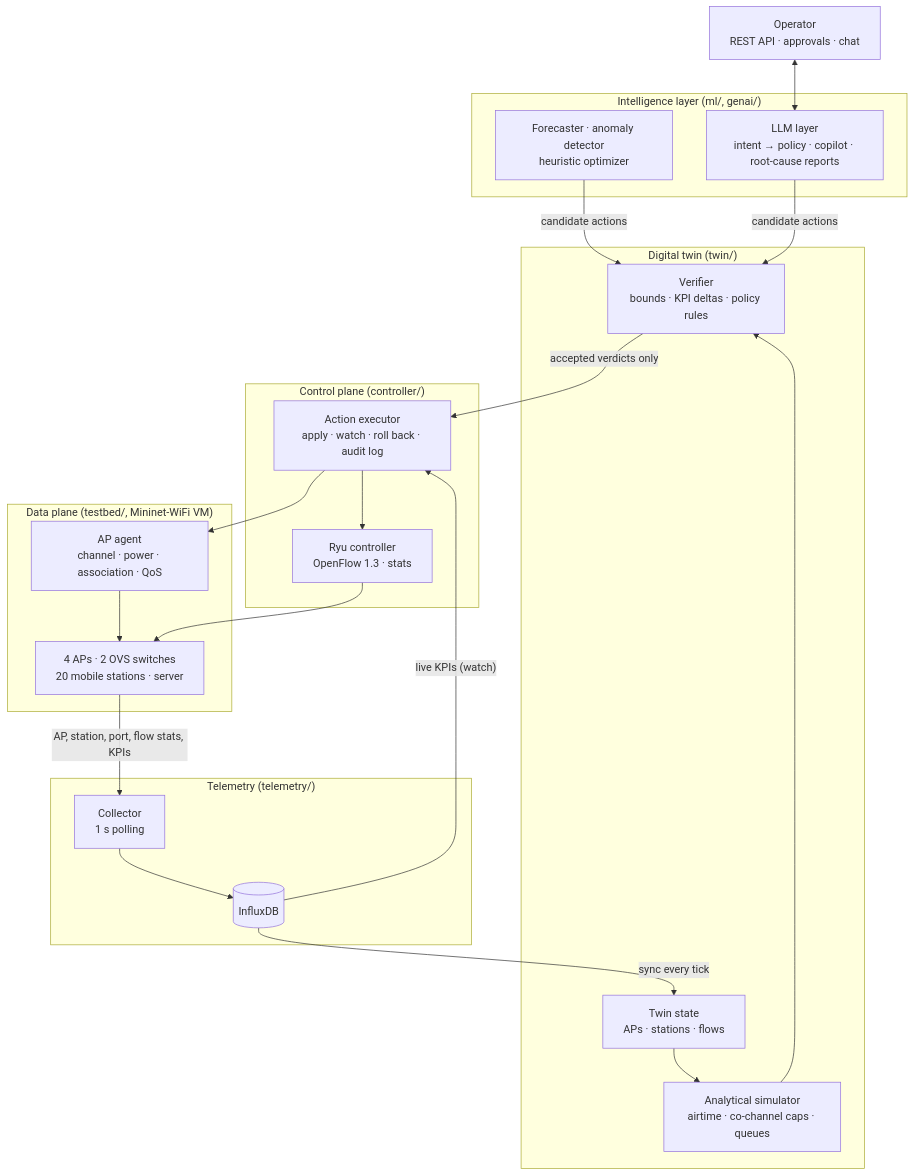
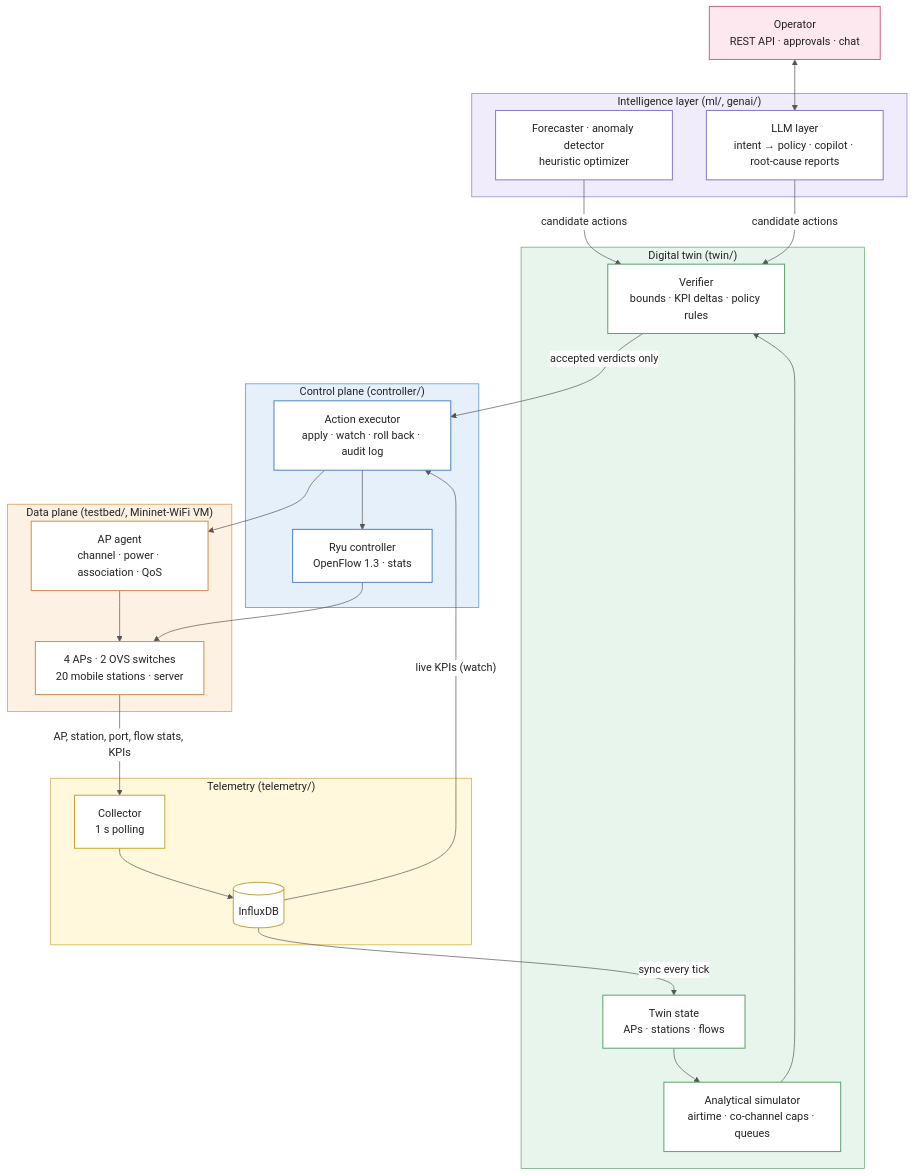
One commit to AggimallaAbhishek/Digital-Twin-SDN changed the first of 3 diagrams in docs/report/03_architecture.md. Above: the diagram before and after it, drawn with Mermaid. The commit also changed other lines of this file and 9 other files, not shown here.

Commit message:
style: add mermaid diagram themes, styling, and structural boxes to documentation figures

````diff
--- a/docs/report/03_architecture.md
+++ b/docs/report/03_architecture.md
@@ -9,43 +9,62 @@
 ```mermaid
+%%{init: {"theme": "base", "themeVariables": {"primaryColor": "#ffffff", "primaryTextColor": "#222222", "primaryBorderColor": "#666666", "lineColor": "#555555", "edgeLabelBackground": "#ffffff", "clusterBkg": "#fafafa", "clusterBorder": "#999999"}}}%%
 flowchart TB
     OP["Operator<br/>REST API · approvals · chat"]
 
     subgraph INTEL["Intelligence layer (ml/, genai/)"]
         ML["Forecaster · anomaly detector<br/>heuristic optimizer"]
         LLM["LLM layer<br/>intent → policy · copilot · root-cause reports"]
     end
 
     subgraph TWIN["Digital twin (twin/)"]
         ST["Twin state<br/>APs · stations · flows"]
         SIM["Analytical simulator<br/>airtime · co-channel caps · queues"]
         VER["Verifier<br/>bounds · KPI deltas · policy rules"]
     end
 
     subgraph CTRL["Control plane (controller/)"]
         EXE["Action executor<br/>apply · watch · roll back · audit log"]
         RYU["Ryu controller<br/>OpenFlow 1.3 · stats"]
     end
 
     subgraph DATA["Data plane (testbed/, Mininet-WiFi VM)"]
         AGENT["AP agent<br/>channel · power · association · QoS"]
         NET["4 APs · 2 OVS switches<br/>20 mobile stations · server"]
     end
 
     subgraph TEL["Telemetry (telemetry/)"]
         COL["Collector<br/>1 s polling"]
         DB[("InfluxDB")]
     end
 
     OP <--> LLM
     ML -- "candidate actions" --> VER
     LLM -- "candidate actions" --> VER
     ST --> SIM --> VER
     VER -- "accepted verdicts only" --> EXE
     EXE --> AGENT
     EXE --> RYU
     AGENT --> NET
     RYU --> NET
     NET -- "AP, station, port, flow stats, KPIs" --> COL --> DB
     DB -- "sync every tick" --> ST
     DB -- "live KPIs (watch)" --> EXE
+
+    style INTEL fill:#F1ECFB,stroke:#8B7BC8,color:#222222
+    style TWIN fill:#E8F5EC,stroke:#5FA36E,color:#222222
+    style CTRL fill:#E6F0FA,stroke:#4F86C6,color:#222222
+    style DATA fill:#FDF1E3,stroke:#D4914A,color:#222222
+    style TEL fill:#FFF8DC,stroke:#C9A43A,color:#222222
+    classDef op fill:#FCE8EE,stroke:#C96B86,stroke-width:1.5px
+    classDef intel fill:#ffffff,stroke:#8B7BC8,stroke-width:1.5px
+    classDef twin fill:#ffffff,stroke:#5FA36E,stroke-width:1.5px
+    classDef ctrl fill:#ffffff,stroke:#4F86C6,stroke-width:1.5px
+    classDef data fill:#ffffff,stroke:#D4914A,stroke-width:1.5px
+    classDef tel fill:#ffffff,stroke:#C9A43A,stroke-width:1.5px
+    class OP op
+    class ML,LLM intel
+    class ST,SIM,VER twin
+    class EXE,RYU ctrl
+    class AGENT,NET data
+    class COL,DB tel
 ```
````
